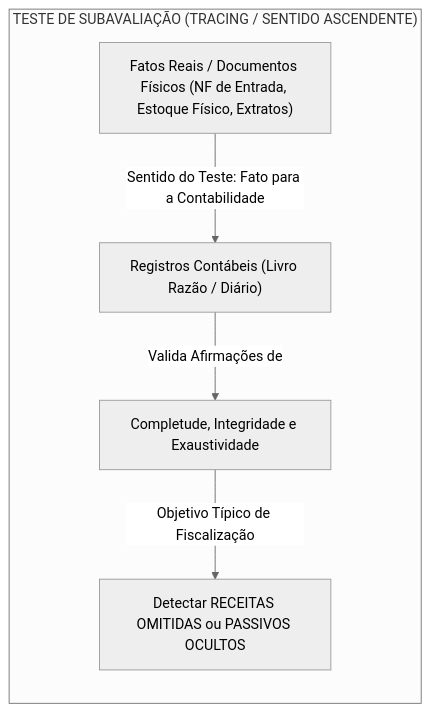
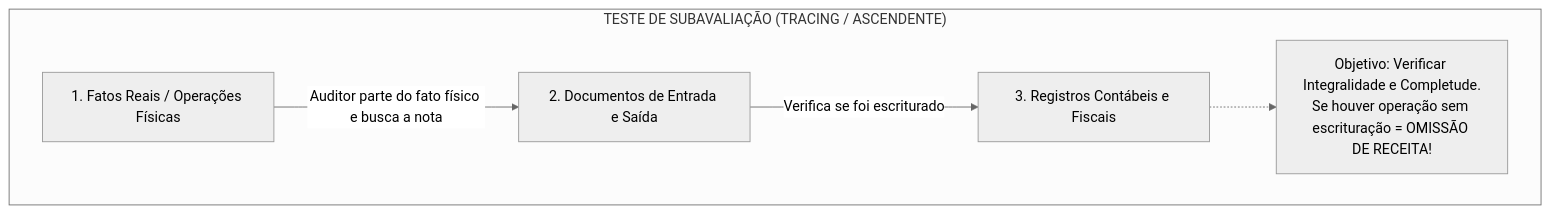
One commit to gilsonnogueira/OpenConcursos changed the second of 6 diagrams in docs/19-auditoria/06-auditoria-fiscal-tributaria/01-presuncoes-legais-e-omissao-de-receita.md. Above: the diagram before and after it, drawn with Mermaid (neutral theme). The commit also changed other lines of this file and 17 other files, not shown here.

Commit message:
style(diagrams): verticaliza todos os diagramas Mermaid para legibilidade em painel vertical

````diff
--- a/docs/19-auditoria/06-auditoria-fiscal-tributaria/01-presuncoes-legais-e-omissao-de-receita.md
+++ b/docs/19-auditoria/06-auditoria-fiscal-tributaria/01-presuncoes-legais-e-omissao-de-receita.md
@@ -18,8 +22,12 @@
 ```mermaid
-flowchart LR
-    subgraph "TESTE DE SUBAVALIAÇÃO (TRACING / SENTIDO ASCENDENTE)"
-        B1["Fatos Reais / Documentos Físicos (NF de Entrada, Estoque Físico, Extratos)"] -->|Sentido do Teste: Fato para a Contabilidade| B2["Registros Contábeis (Livro Razão / Diário)"]
-        B2 -->|Valida Afirmações de| B3["Completude, Integridade e Exaustividade"]
-        B3 -->|Objetivo Típico de Fiscalização| B4["Detectar RECEITAS OMITIDAS ou PASSIVOS OCULTOS"]
+flowchart TD
+    subgraph TRACING["TESTE DE SUBAVALIAÇÃO (TRACING / ASCENDENTE)"]
+        B1["1. Fatos Reais / Operações Físicas"]
+        B2["2. Documentos de Entrada e Saída"]
+        B3["3. Registros Contábeis e Fiscais"]
+        B1 -->|Auditor parte do fato físico e busca a nota| B2
+        B2 -->|Verifica se foi escriturado| B3
+        AVISO2["Objetivo: Verificar Integralidade e Completude.<br/>Se houver operação sem escrituração = OMISSÃO DE RECEITA!"]
+        B3 -.-> AVISO2
     end
 ```
````
